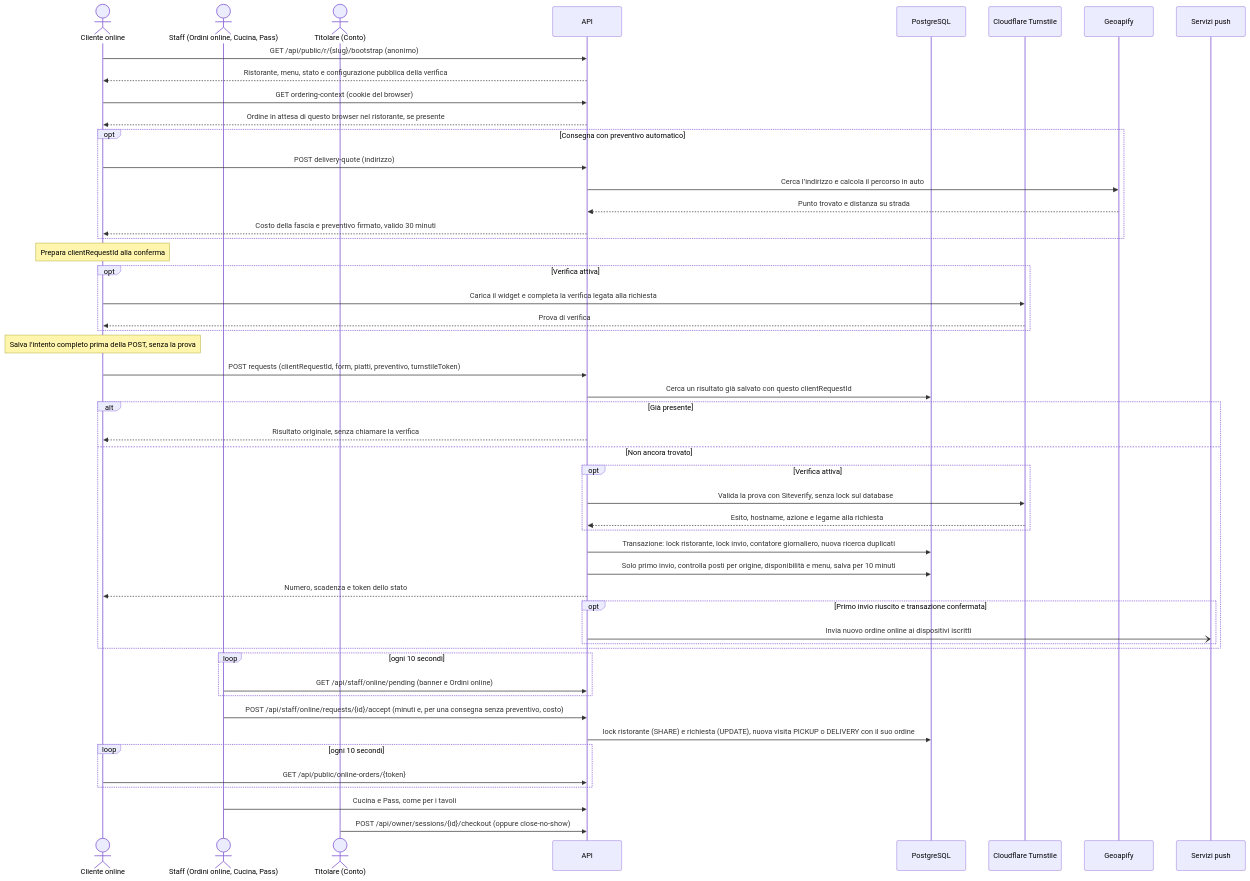
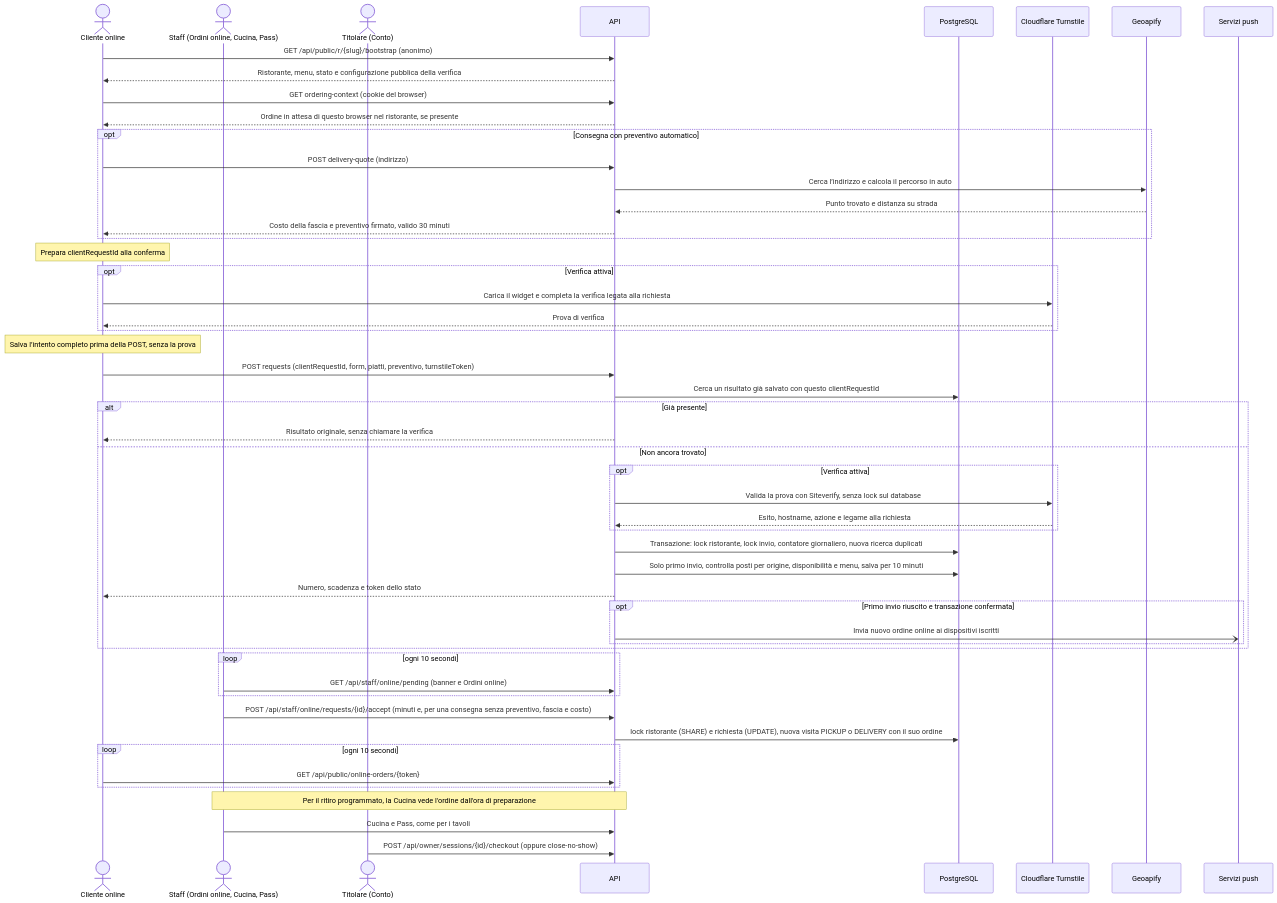
Before and after one commit to lorenzoyang/TavoloFlow: the fourth of 5 diagrams in docs/it/development-notes.md, drawn with Mermaid. The commit also changed other lines of this file and 23 other files, not shown here.

````diff
--- a/docs/it/development-notes.md
+++ b/docs/it/development-notes.md
@@ -396,54 +396,55 @@
 ```mermaid
 sequenceDiagram
   actor C as Cliente online
   actor S as Staff (Ordini online, Cucina, Pass)
   actor T as Titolare (Conto)
   participant A as API
   participant D as PostgreSQL
   participant V as Cloudflare Turnstile
   participant G as Geoapify
   participant P as Servizi push
 
   C->>A: GET /api/public/r/{slug}/bootstrap (anonimo)
   A-->>C: Ristorante, menu, stato e configurazione pubblica della verifica
   C->>A: GET ordering-context (cookie del browser)
   A-->>C: Ordine in attesa di questo browser nel ristorante, se presente
   opt Consegna con preventivo automatico
     C->>A: POST delivery-quote (indirizzo)
     A->>G: Cerca l’indirizzo e calcola il percorso in auto
     G-->>A: Punto trovato e distanza su strada
     A-->>C: Costo della fascia e preventivo firmato, valido 30 minuti
   end
   Note over C: Prepara clientRequestId alla conferma
   opt Verifica attiva
     C->>V: Carica il widget e completa la verifica legata alla richiesta
     V-->>C: Prova di verifica
   end
   Note over C: Salva l’intento completo prima della POST, senza la prova
   C->>A: POST requests (clientRequestId, form, piatti, preventivo, turnstileToken)
   A->>D: Cerca un risultato già salvato con questo clientRequestId
   alt Già presente
     A-->>C: Risultato originale, senza chiamare la verifica
   else Non ancora trovato
     opt Verifica attiva
       A->>V: Valida la prova con Siteverify, senza lock sul database
       V-->>A: Esito, hostname, azione e legame alla richiesta
     end
     A->>D: Transazione: lock ristorante, lock invio, contatore giornaliero, nuova ricerca duplicati
     A->>D: Solo primo invio, controlla posti per origine, disponibilità e menu, salva per 10 minuti
     A-->>C: Numero, scadenza e token dello stato
     opt Primo invio riuscito e transazione confermata
       A-)P: Invia nuovo ordine online ai dispositivi iscritti
     end
   end
   loop ogni 10 secondi
     S->>A: GET /api/staff/online/pending (banner e Ordini online)
   end
-  S->>A: POST /api/staff/online/requests/{id}/accept (minuti e, per una consegna senza preventivo, costo)
+  S->>A: POST /api/staff/online/requests/{id}/accept (minuti e, per una consegna senza preventivo, fascia e costo)
   A->>D: lock ristorante (SHARE) e richiesta (UPDATE), nuova visita PICKUP o DELIVERY con il suo ordine
   loop ogni 10 secondi
     C->>A: GET /api/public/online-orders/{token}
   end
+  Note over S,A: Per il ritiro programmato, la Cucina vede l'ordine dall'ora di preparazione
   S->>A: Cucina e Pass, come per i tavoli
   T->>A: POST /api/owner/sessions/{id}/checkout (oppure close-no-show)
 ```
````
